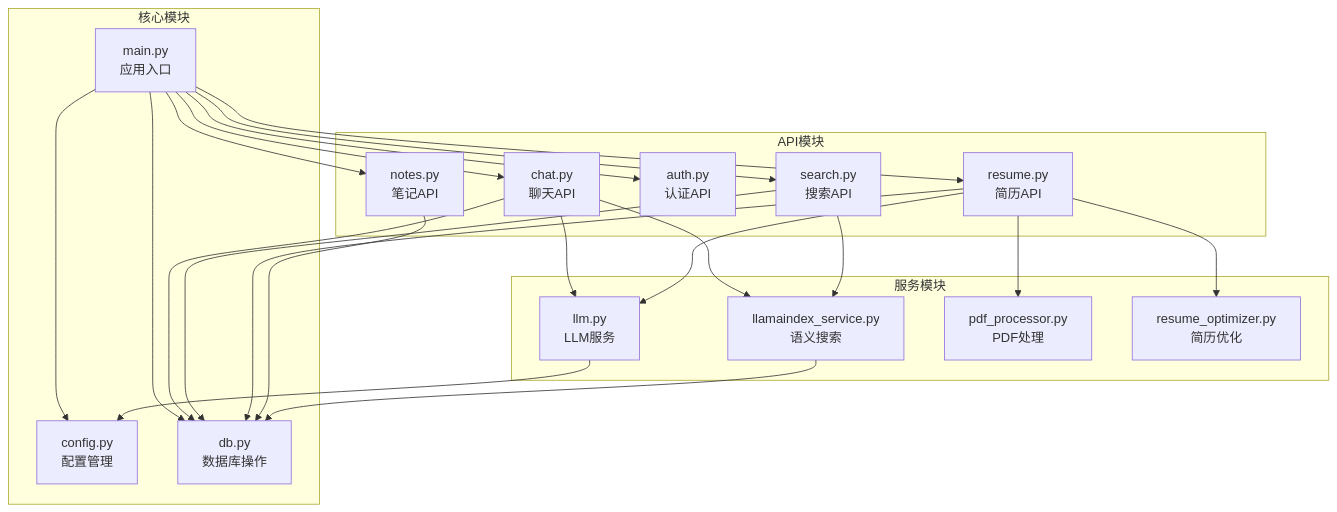
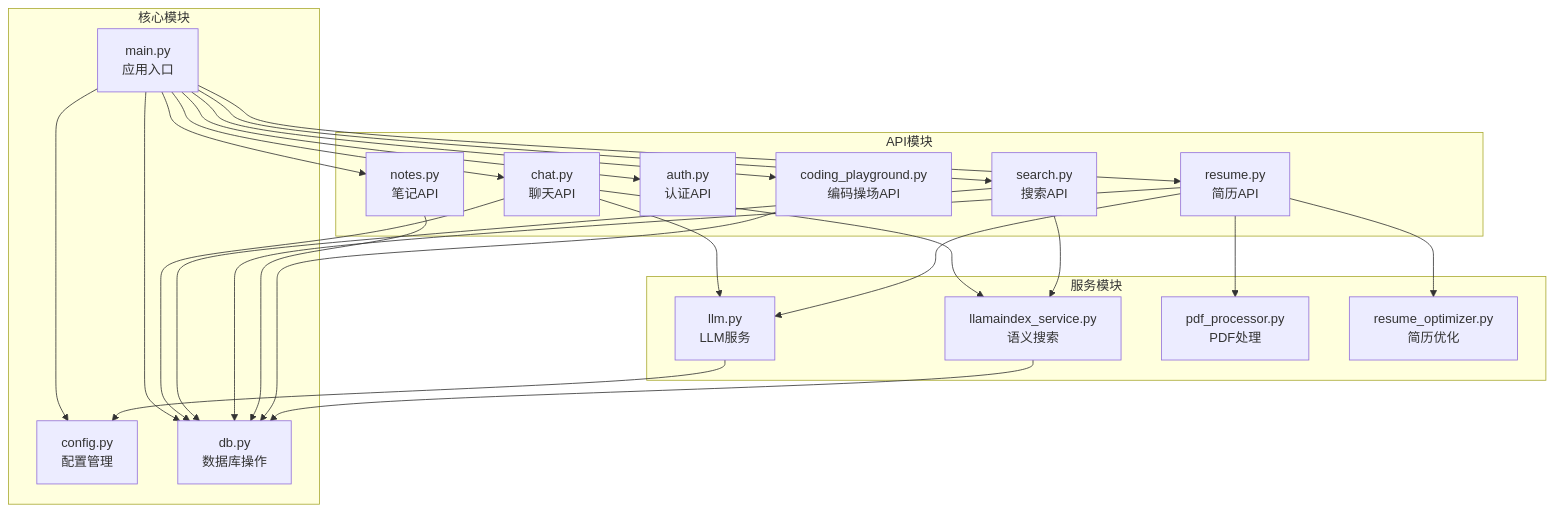
One commit to DAVINDAI/xueyang changed the sixth of 7 diagrams in docs/architecture.md. Above: the diagram before and after it, drawn with Mermaid. The commit also changed other lines of this file, not shown here.

````diff
--- a/docs/architecture.md
+++ b/docs/architecture.md
@@ -225,48 +225,51 @@
 ```mermaid
 graph TD
     subgraph 核心模块["核心模块"]
         Main[main.py<br/>应用入口]
         Config[config.py<br/>配置管理]
         DB[db.py<br/>数据库操作]
     end
 
     subgraph API模块["API模块"]
         ChatAPI[chat.py<br/>聊天API]
         SearchAPI[search.py<br/>搜索API]
         AuthAPI[auth.py<br/>认证API]
         ResumeAPI[resume.py<br/>简历API]
         NotesAPI[notes.py<br/>笔记API]
+        CodingAPI[coding_playground.py<br/>编码操场API]
     end
 
     subgraph 服务模块["服务模块"]
         LLMService[llm.py<br/>LLM服务]
         LLamaIndexService[llamaindex_service.py<br/>语义搜索]
         PDFService[pdf_processor.py<br/>PDF处理]
         ResumeService[resume_optimizer.py<br/>简历优化]
     end
 
     Main --> Config
     Main --> DB
     Main --> ChatAPI
     Main --> SearchAPI
     Main --> AuthAPI
     Main --> ResumeAPI
     Main --> NotesAPI
+    Main --> CodingAPI
 
     ChatAPI --> DB
     ChatAPI --> LLMService
     ChatAPI --> LLamaIndexService
 
     SearchAPI --> DB
     SearchAPI --> LLamaIndexService
 
     ResumeAPI --> DB
     ResumeAPI --> PDFService
     ResumeAPI --> ResumeService
     ResumeAPI --> LLMService
 
     NotesAPI --> DB
+    CodingAPI --> DB
 
     LLamaIndexService --> DB
     LLMService --> Config
 ```
````
